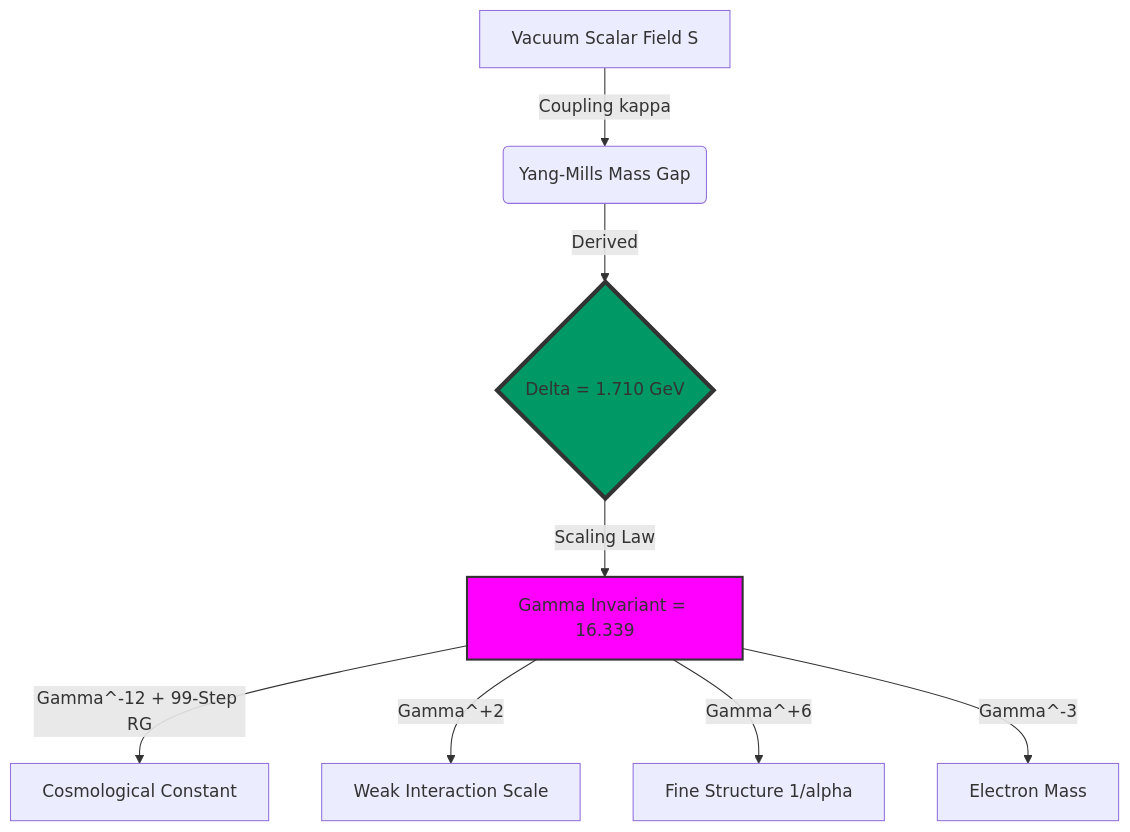
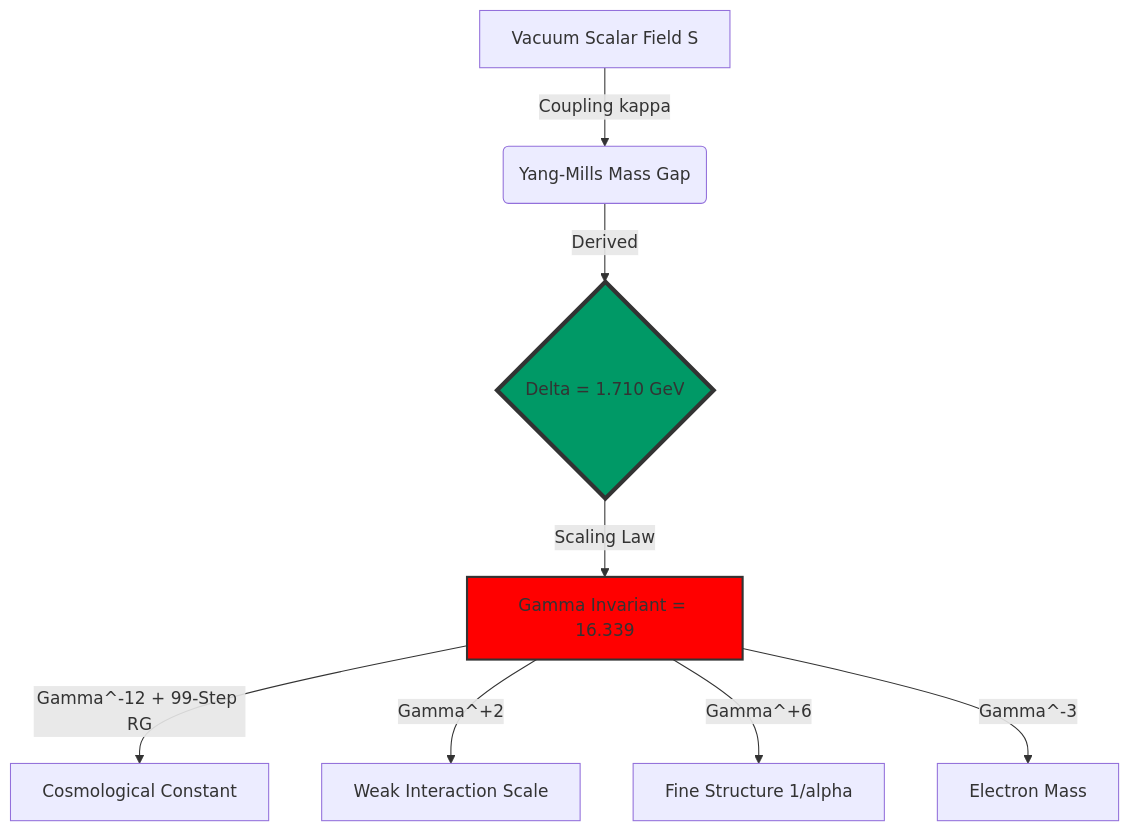
The diagram in README.md (badbugsarts-hue/UIDT-Framework-V3.2-Canonical), drawn with Mermaid before and after one commit.

Commit message:
Change style color for element D in README

`````diff
--- a/README.md
+++ b/README.md
@@ -52,14 +52,14 @@
 ```mermaid
 graph TD
     A[Vacuum Scalar Field S] -->|Coupling kappa| B(Yang-Mills Mass Gap);
     B -->|Derived| C{Delta = 1.710 GeV};
     C -->|Scaling Law| D[Gamma Invariant = 16.339];
     
     D -->|Gamma^-12 + 99-Step RG| E[Cosmological Constant];
     D -->|Gamma^+2| F[Weak Interaction Scale];
     D -->|Gamma^+6| G[Fine Structure 1/alpha];
     D -->|Gamma^-3| H[Electron Mass];
     
     style C fill:#096,stroke:#333,stroke-width:4px
-    style D fill:#f0f,stroke:#333,stroke-width:2px
+    style D fill:#f00,stroke:#333,stroke-width:2px
 ````
`````
